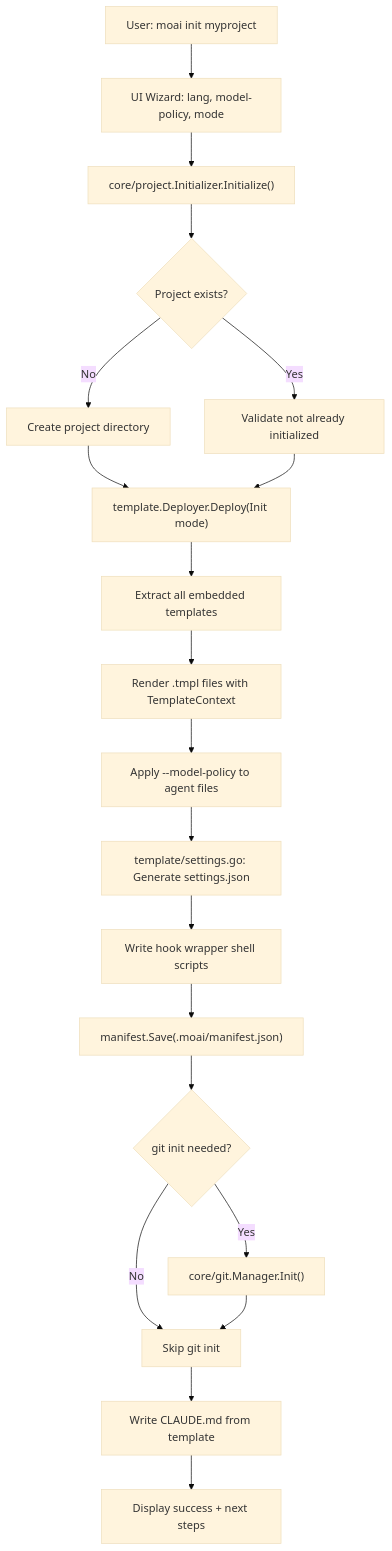
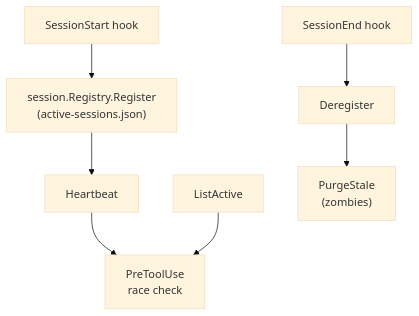
The sixth of 6 diagrams in .moai/project/codemaps/data-flow.md (modu-ai/moai-adk), drawn with Mermaid (base theme) before and after one commit. The commit also changed other lines of this file and 4 other files, not shown here.

````diff
--- a/.moai/project/codemaps/data-flow.md
+++ b/.moai/project/codemaps/data-flow.md
@@ -119,22 +191,18 @@
 ```mermaid
 flowchart TD
-    A["User: moai init myproject"] --> B["UI Wizard: lang, model-policy, mode"]
-    B --> C["core/project.Initializer.Initialize()"]
-    C --> D{"Project exists?"}
-    D -- No --> E["Create project directory"]
-    D -- Yes --> F["Validate not already initialized"]
-    E --> G["template.Deployer.Deploy(Init mode)"]
+    A["SessionStart hook"]
+    B["session.Registry.Register<br/>(active-sessions.json)"]
+    C["Heartbeat"]
+    D["PreToolUse<br/>race check"]
+    E["ListActive"]
+    F["SessionEnd hook"]
+    G["Deregister"]
+    H["PurgeStale<br/>(zombies)"]
+    
+    A --> B
+    B --> C
+    C --> D
+    E --> D
     F --> G
-    G --> H["Extract all embedded templates"]
-    H --> I["Render .tmpl files with TemplateContext"]
-    I --> J["Apply --model-policy to agent files"]
-    J --> K["template/settings.go: Generate settings.json"]
-    K --> L["Write hook wrapper shell scripts"]
-    L --> M["manifest.Save(.moai/manifest.json)"]
-    M --> N{"git init needed?"}
-    N -- Yes --> O["core/git.Manager.Init()"]
-    N -- No --> P["Skip git init"]
-    O --> P
-    P --> Q["Write CLAUDE.md from template"]
-    Q --> R["Display success + next steps"]
+    G --> H
 ```
````
